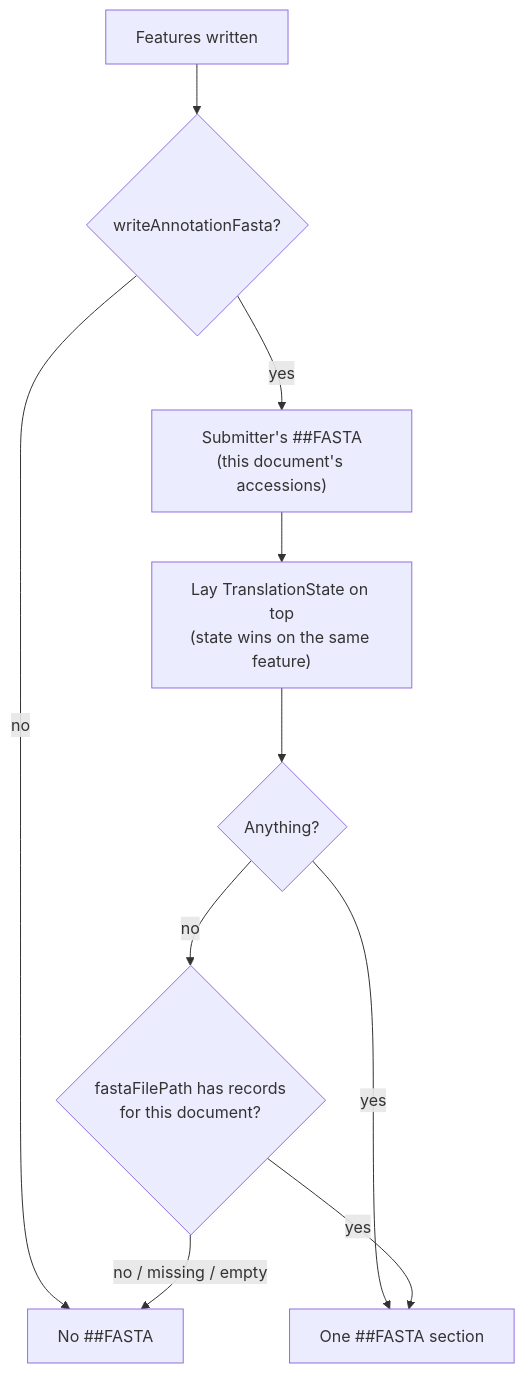
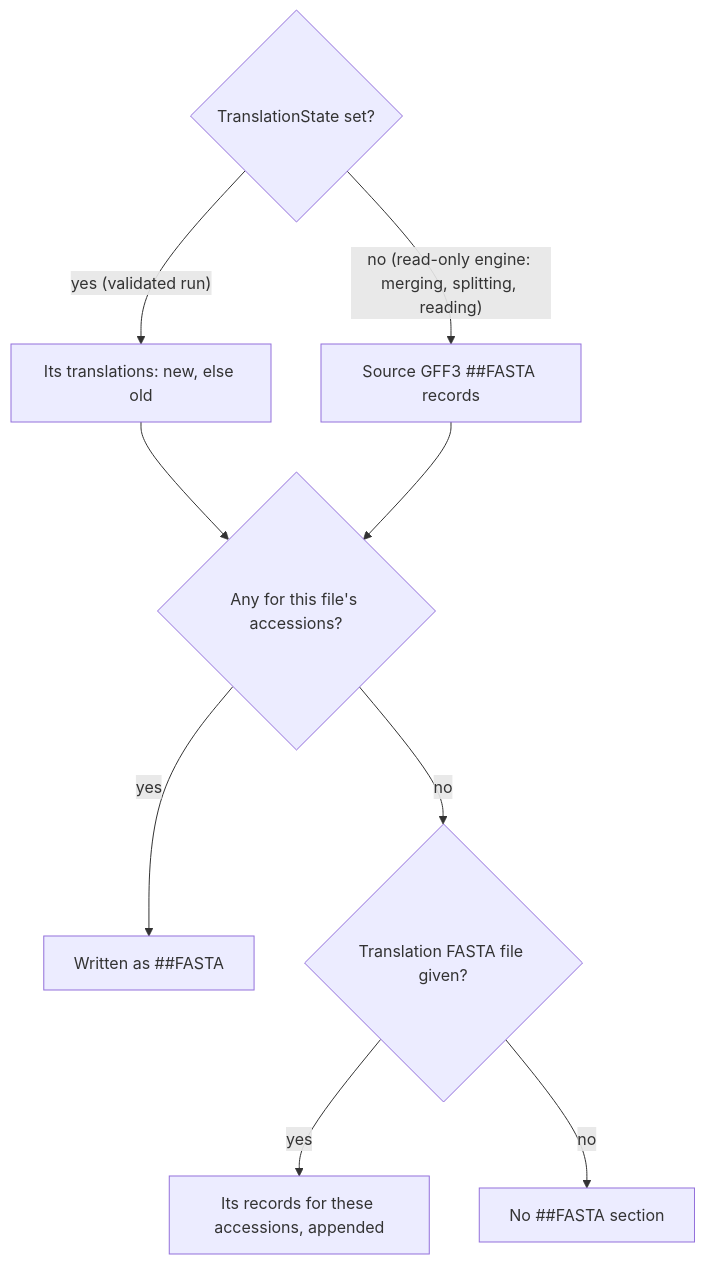
The diagram in docs/2609071330_annotation_scoped_fasta_writing.md (enasequence/gff3tools), drawn with Mermaid before and after one commit. The commit also changed other lines of this file, not shown here.

Commit message:
mermaid-doc

````diff
--- a/docs/2609071330_annotation_scoped_fasta_writing.md
+++ b/docs/2609071330_annotation_scoped_fasta_writing.md
@@ -123,12 +123,11 @@
 ```mermaid
 flowchart TD
-    START["Features written"] --> FLAG{"writeAnnotationFasta?"}
-    FLAG -- no --> NONE["No ##FASTA"]
-    FLAG -- yes --> A["Submitter's ##FASTA<br/>(this document's accessions)"]
-    A --> B["Lay TranslationState on top<br/>(state wins on the same feature)"]
-    B --> MERGED{"Anything?"}
-    MERGED -- yes --> OUT["One ##FASTA section"]
-    MERGED -- no --> C{"fastaFilePath has records<br/>for this document?"}
-    C -- yes --> OUT
-    C -- "no / missing / empty" --> NONE
+    S{"TranslationState set?"} -->|"yes (validated run)"| T["Its translations: new, else old"]
+    S -->|"no (read-only engine: merging, splitting, reading)"| F["Source GFF3 ##FASTA records"]
+    T --> N{"Any for this file's accessions?"}
+    F --> N
+    N -->|"yes"| W["Written as ##FASTA"]
+    N -->|"no"| X{"Translation FASTA file given?"}
+    X -->|"yes"| A["Its records for these accessions, appended"]
+    X -->|"no"| Z["No ##FASTA section"]
 ```
````
